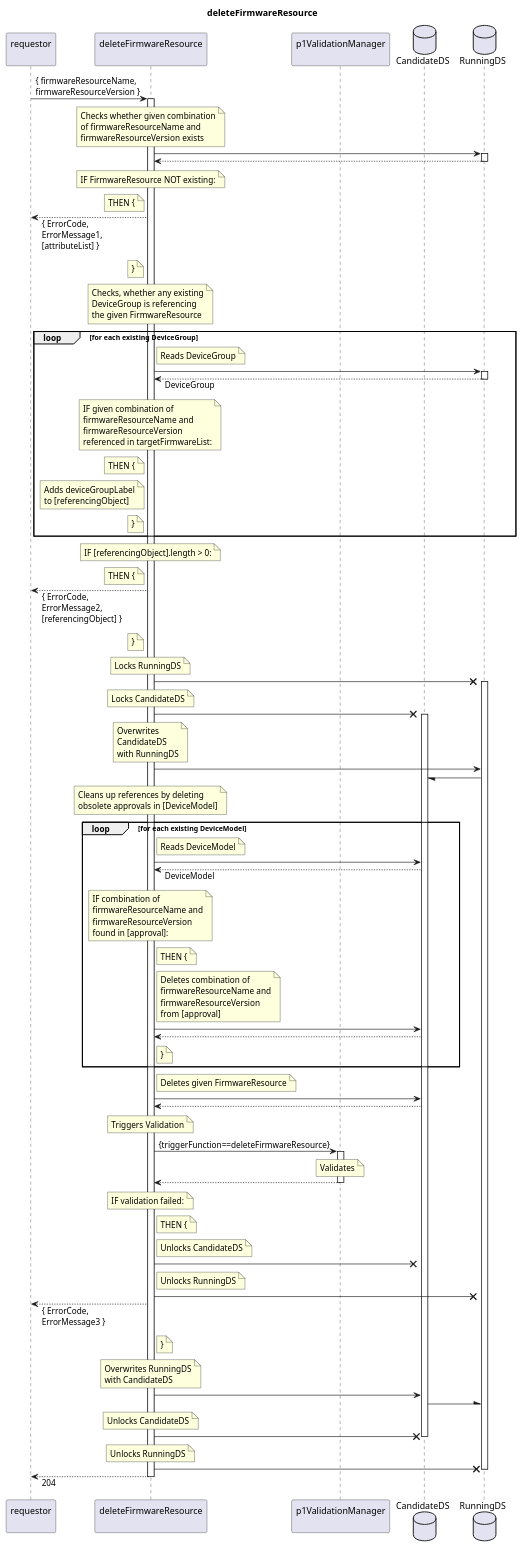
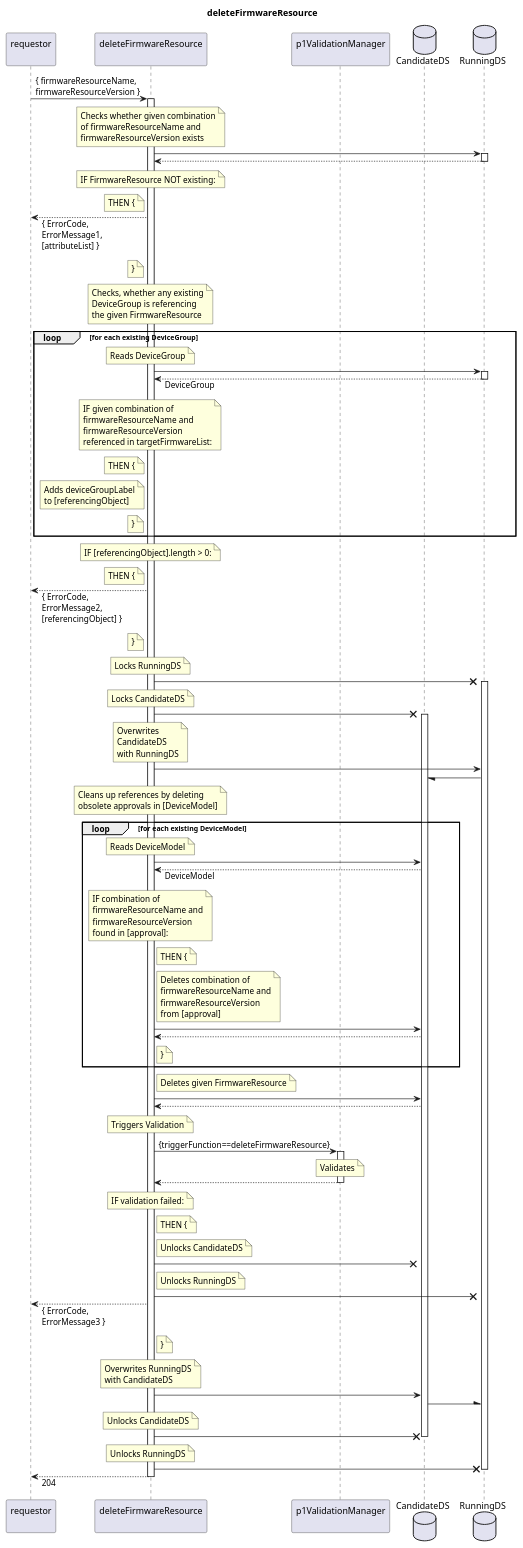
The diagram in spec/Services/deleteFirmwareResource/1.0.0/deleteFirmwareResource.plantuml (openBackhaul/FirmWareManager), drawn with PlantUML before and after one commit. The commit also changed 24 other files, not shown here.

```diff
--- a/spec/Services/deleteFirmwareResource/1.0.0/deleteFirmwareResource.plantuml
+++ b/spec/Services/deleteFirmwareResource/1.0.0/deleteFirmwareResource.plantuml
@@ -1,183 +1,183 @@
 @startuml deleteFirmwareResource
 skinparam responseMessageBelowArrow true
 
 title
   deleteFirmwareResource
 end title
 
 participant "requestor\n" as requestor
 participant "deleteFirmwareResource\n" as indServ
 participant "p1ValidationManager\n" as valiMan
 database "CandidateDS" as CanDS
 database "RunningDS" as RunDS
 
 requestor -> indServ: { firmwareResourceName,\nfirmwareResourceVersion }
 activate indServ
 
   note over indServ
     Checks whether given combination
     of firmwareResourceName and
     firmwareResourceVersion exists
   end note
   indServ -> RunDS
   activate RunDS
   indServ <-- RunDS
   deactivate RunDS
   note over indServ
     IF FirmwareResource NOT existing:
   end note
   note left indServ
     THEN {
   end note
   requestor <-- indServ: { ErrorCode,\nErrorMessage1,\n[attributeList] }
   note left indServ
     }
   end note
 
   note over indServ
     Checks, whether any existing
     DeviceGroup is referencing
     the given FirmwareResource
   end note
   loop for each existing DeviceGroup
-    note right indServ
+    note over indServ
       Reads DeviceGroup
     end note
     indServ -> RunDS
     activate RunDS
     indServ <-- RunDS: DeviceGroup
     deactivate RunDS
     note over indServ
       IF given combination of
       firmwareResourceName and
       firmwareResourceVersion
       referenced in targetFirmwareList:
     end note
     note left indServ
       THEN {
     end note
     note left indServ
       Adds deviceGroupLabel
       to [referencingObject]
     end note
     note left indServ
       }
     end note
   end loop
   note over indServ
     IF [referencingObject].length > 0:
   end note
   note left indServ
     THEN {
   end note
   requestor <-- indServ: { ErrorCode,\nErrorMessage2,\n[referencingObject] }
   note left indServ
     }
   end note
 
   note over indServ
     Locks RunningDS
   end note
   indServ -X RunDS
   activate RunDS
   note over indServ
     Locks CandidateDS
   end note
   indServ -X CanDS
   activate CanDS
   note over indServ
     Overwrites
     CandidateDS
     with RunningDS
   end note
   indServ -> RunDS
   RunDS -/ CanDS
 
   note over indServ
     Cleans up references by deleting
     obsolete approvals in [DeviceModel]
   end note
   loop for each existing DeviceModel
-    note right indServ
+    note over indServ
       Reads DeviceModel
     end note
     indServ -> CanDS
     indServ <-- CanDS: DeviceModel
     note over indServ
       IF combination of
       firmwareResourceName and
       firmwareResourceVersion
       found in [approval]:
     end note
     note right indServ
       THEN {
     end note
     note right indServ
       Deletes combination of
       firmwareResourceName and
       firmwareResourceVersion
       from [approval]
     end note
     indServ -> CanDS
     indServ <-- CanDS
     note right indServ
       }
     end note
   end loop
 
   note right indServ
     Deletes given FirmwareResource
   end note
   indServ -> CanDS
   indServ <-- CanDS
 
   note over indServ
     Triggers Validation
   end note
   indServ -> valiMan: {triggerFunction==deleteFirmwareResource}
   activate valiMan
     note over valiMan
       Validates
     end note
   indServ <-- valiMan
   deactivate valiMan
   note over indServ
     IF validation failed:
   end note
   note right indServ
     THEN {
   end note
   note right indServ
     Unlocks CandidateDS
   end note
   indServ -X CanDS
   note right indServ
     Unlocks RunningDS
   end note
   indServ -X RunDS
   requestor <-- indServ: { ErrorCode,\nErrorMessage3 }
   note right indServ
     }
   end note
 
   note over indServ
     Overwrites RunningDS
     with CandidateDS
   end note
   indServ -> CanDS
   CanDS -\ RunDS
   note over indServ
     Unlocks CandidateDS
   end note
   indServ -X CanDS
   deactivate CanDS
   note over indServ
     Unlocks RunningDS
   end note
   indServ -X RunDS
   deactivate RunDS
 
 requestor <-- indServ: 204
 deactivate indServ
 
 @enduml
```
